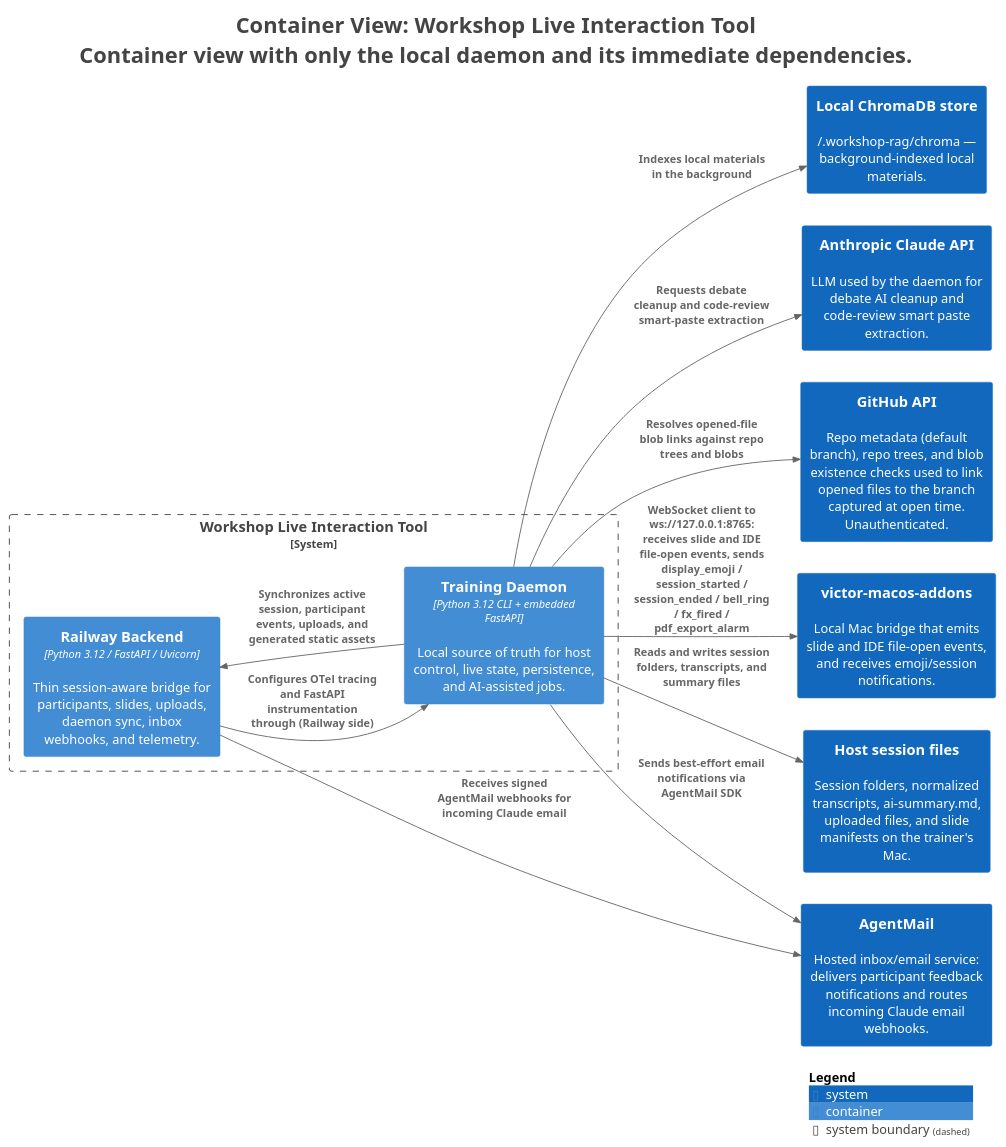
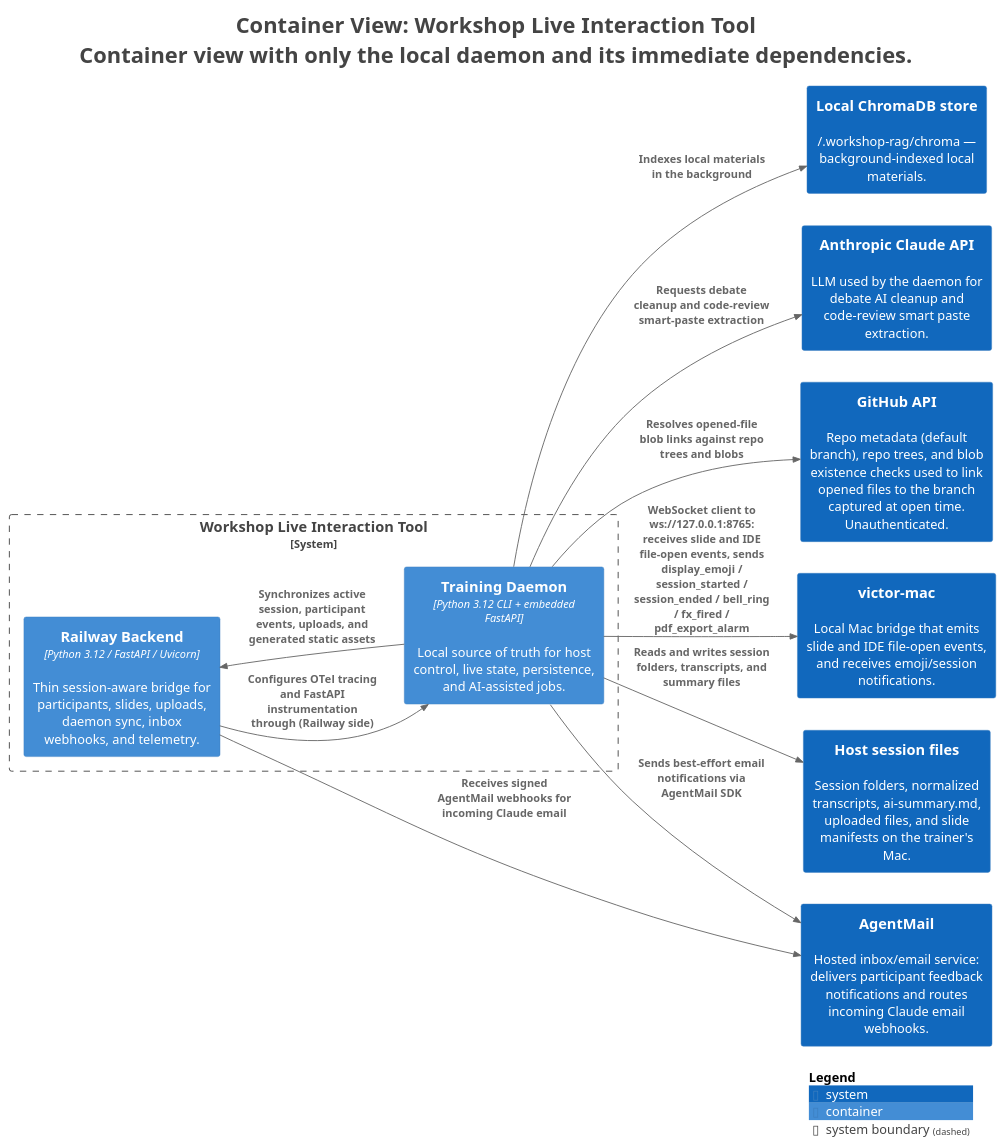
Before and after one commit to victorrentea/training-assistant: the diagram in docs/c4views/C2-Training-Daemon-Only.puml, drawn with PlantUML. The commit also changed 45 other files, not shown here.

First line of the commit message:
📦 victor-macos-addons is now victor-mac

```diff
--- a/docs/c4views/C2-Training-Daemon-Only.puml
+++ b/docs/c4views/C2-Training-Daemon-Only.puml
@@ -1,42 +1,42 @@
 @startuml
 title <size:24>Container View: Workshop Live Interaction Tool</size>\n<size:24>Container view with only the local daemon and its immediate dependencies.</size>
 
 set separator none
 left to right direction
 
 <style>
   root {
     BackgroundColor: #ffffff
     FontColor: #444444
   }
 </style>
 
 !include <C4/C4>
 !include <C4/C4_Context>
 !include <C4/C4_Container>
 
 System(AnthropicClaudeAPI, "Anthropic Claude API", $descr="LLM used by the daemon for debate AI cleanup and code-review smart paste extraction.", $tags="", $link="")
 System(GitHubAPI, "GitHub API", $descr="Repo metadata (default branch), repo trees, and blob existence checks used to link opened files to the branch captured at open time. Unauthenticated.", $tags="", $link="")
-System(victormacosaddons, "victor-macos-addons", $descr="Local Mac bridge that emits slide and IDE file-open events, and receives emoji/session notifications.", $tags="", $link="")
+System(victormacosaddons, "victor-mac", $descr="Local Mac bridge that emits slide and IDE file-open events, and receives emoji/session notifications.", $tags="", $link="")
 System(AgentMail, "AgentMail", $descr="Hosted inbox/email service: delivers participant feedback notifications and routes incoming Claude email webhooks.", $tags="", $link="")
 System(Hostsessionfiles, "Host session files", $descr="Session folders, normalized transcripts, ai-summary.md, uploaded files, and slide manifests on the trainer's Mac.", $tags="", $link="")
 System(LocalChromaDBstore, "Local ChromaDB store", $descr="~/.workshop-rag/chroma — background-indexed local materials.", $tags="", $link="")
 
 System_Boundary("WorkshopLiveInteractionTool_boundary", "Workshop Live Interaction Tool", $tags="") {
   Container(WorkshopLiveInteractionTool.RailwayBackend, "Railway Backend", $techn="Python 3.12 / FastAPI / Uvicorn", $descr="Thin session-aware bridge for participants, slides, uploads, daemon sync, inbox webhooks, and telemetry.", $tags="", $link="")
   Container(WorkshopLiveInteractionTool.TrainingDaemon, "Training Daemon", $techn="Python 3.12 CLI + embedded FastAPI", $descr="Local source of truth for host control, live state, persistence, and AI-assisted jobs.", $tags="", $link="")
 }
 
 Rel(WorkshopLiveInteractionTool.TrainingDaemon, WorkshopLiveInteractionTool.RailwayBackend, "Synchronizes active session, participant events, uploads, and generated static assets", $techn="", $tags="", $link="")
 Rel(WorkshopLiveInteractionTool.TrainingDaemon, AnthropicClaudeAPI, "Requests debate cleanup and code-review smart-paste extraction", $techn="", $tags="", $link="")
 Rel(WorkshopLiveInteractionTool.TrainingDaemon, GitHubAPI, "Resolves opened-file blob links against repo trees and blobs", $techn="", $tags="", $link="")
 Rel(WorkshopLiveInteractionTool.TrainingDaemon, victormacosaddons, "WebSocket client to ws://127.0.0.1:8765: receives slide and IDE file-open events, sends display_emoji / session_started / session_ended / bell_ring / fx_fired / pdf_export_alarm", $techn="", $tags="", $link="")
 Rel(WorkshopLiveInteractionTool.TrainingDaemon, AgentMail, "Sends best-effort email notifications via AgentMail SDK", $techn="", $tags="", $link="")
 Rel(WorkshopLiveInteractionTool.TrainingDaemon, Hostsessionfiles, "Reads and writes session folders, transcripts, and summary files", $techn="", $tags="", $link="")
 Rel(WorkshopLiveInteractionTool.TrainingDaemon, LocalChromaDBstore, "Indexes local materials in the background", $techn="", $tags="", $link="")
 Rel(WorkshopLiveInteractionTool.RailwayBackend, AgentMail, "Receives signed AgentMail webhooks for incoming Claude email", $techn="", $tags="", $link="")
 Rel(WorkshopLiveInteractionTool.RailwayBackend, WorkshopLiveInteractionTool.TrainingDaemon, "Configures OTel tracing and FastAPI instrumentation through (Railway side)", $techn="", $tags="", $link="")
 
 SHOW_LEGEND(true)
 hide stereotypes
 @enduml
```
